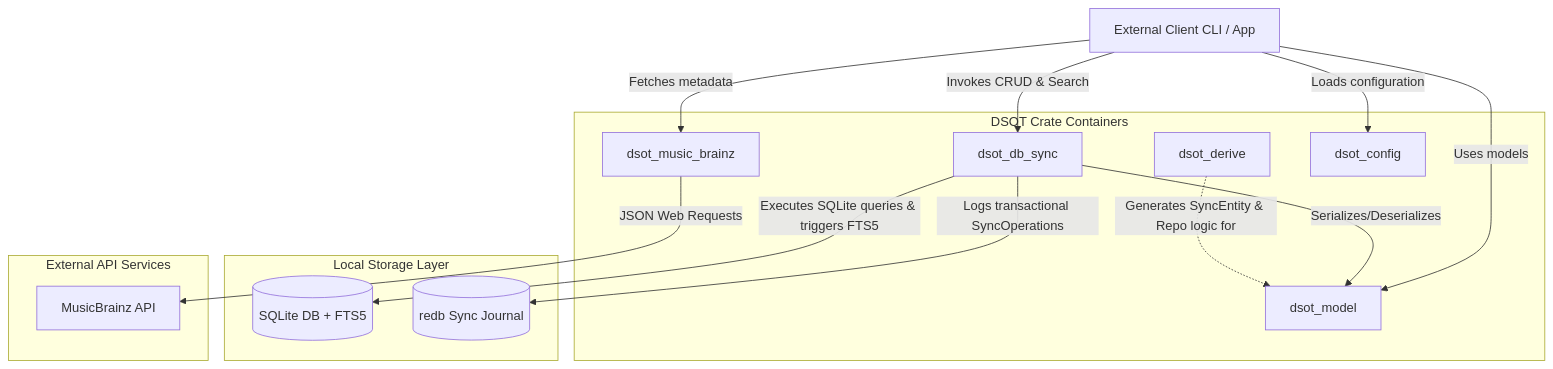
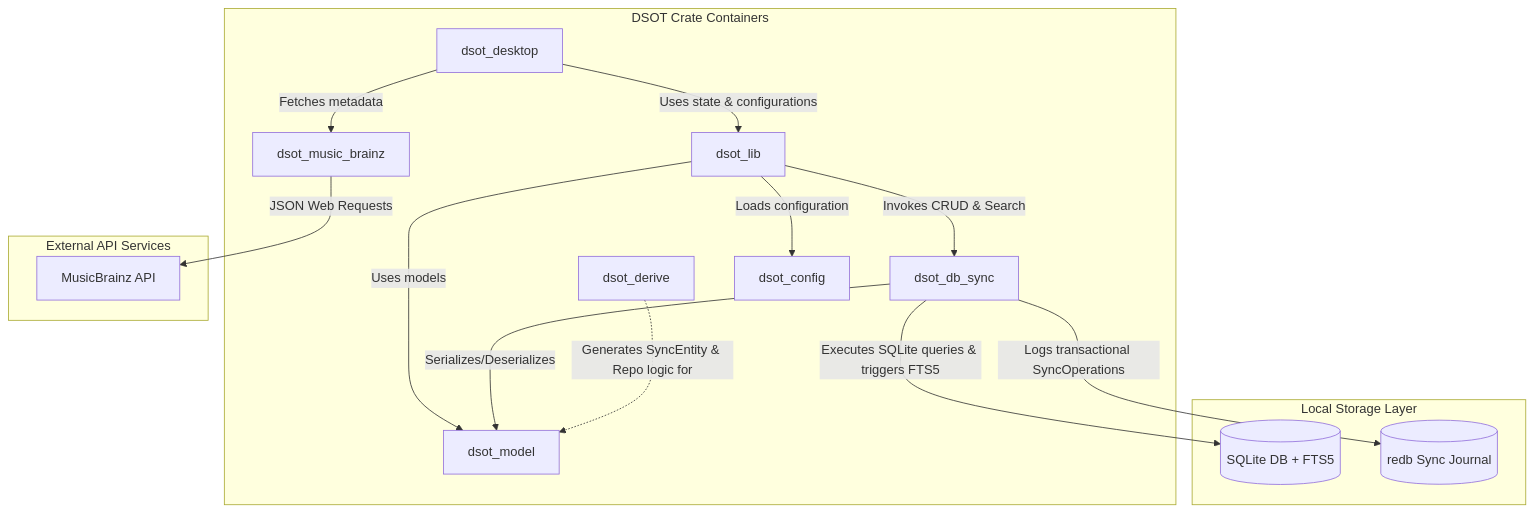
The diagram in docs/architecture/L2-containers.md (Davidblkx/dsot), drawn with Mermaid before and after one commit. The commit also changed other lines of this file and 13 other files, not shown here.

First line of the commit message:
Docs: update documentation, architecture diagrams, and setup guides

````diff
--- a/docs/architecture/L2-containers.md
+++ b/docs/architecture/L2-containers.md
@@ -7,34 +7,35 @@
 ```mermaid
 graph TD
-    Client[External Client CLI / App]
-    
     subgraph Cargo Workspace [DSOT Crate Containers]
+        DesktopApp[dsot_desktop]
+        Lib[dsot_lib]
         Model[dsot_model]
         DbSync[dsot_db_sync]
         Derive[dsot_derive]
         MB[dsot_music_brainz]
         Config[dsot_config]
     end
 
     subgraph Storage [Local Storage Layer]
         SQLite[(SQLite DB + FTS5)]
         Redb[(redb Sync Journal)]
     end
 
     subgraph Remote [External API Services]
         MusicBrainzAPI[MusicBrainz API]
     end
 
-    Client -->|Invokes CRUD & Search| DbSync
-    Client -->|Uses models| Model
-    Client -->|Loads configuration| Config
+    DesktopApp -->|Uses state & configurations| Lib
+    Lib -->|Invokes CRUD & Search| DbSync
+    Lib -->|Uses models| Model
+    Lib -->|Loads configuration| Config
     
     DbSync -->|Serializes/Deserializes| Model
     Derive -.->|Generates SyncEntity & Repo logic for| Model
     
     DbSync -->|Executes SQLite queries & triggers FTS5| SQLite
     DbSync -->|Logs transactional SyncOperations| Redb
     
-    Client -->|Fetches metadata| MB
+    DesktopApp -->|Fetches metadata| MB
     MB -->|JSON Web Requests| MusicBrainzAPI
 ```
````
